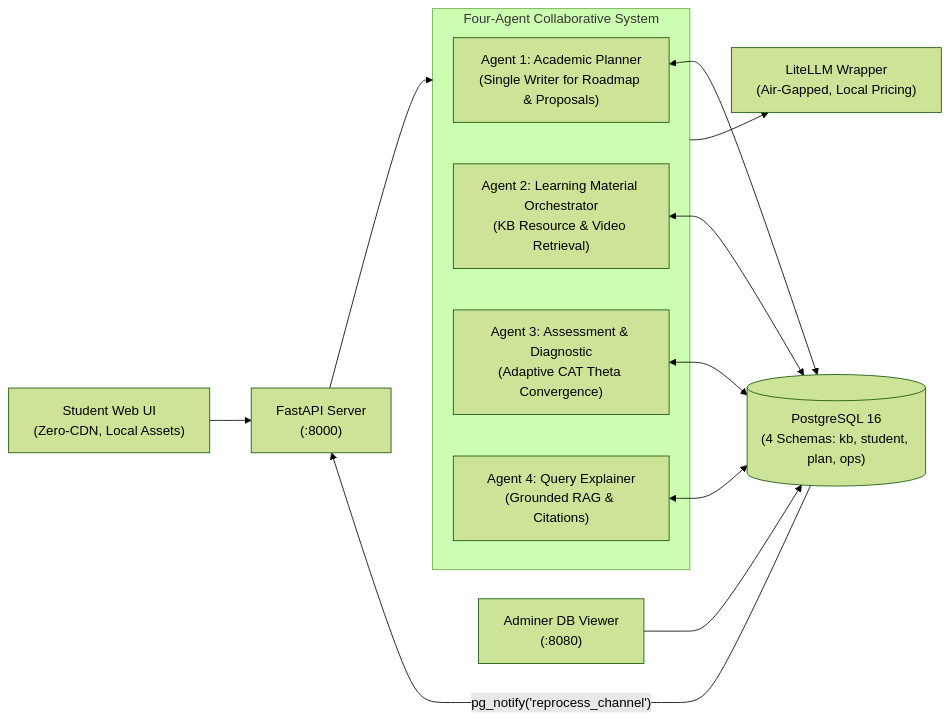
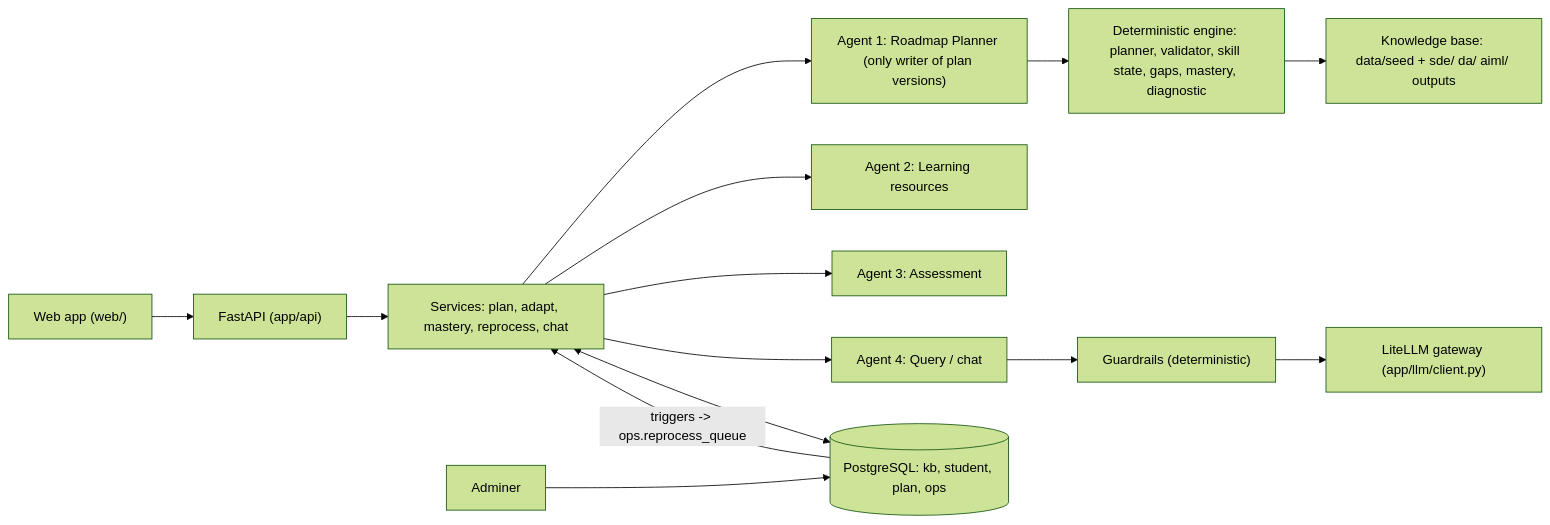
The first of 3 diagrams in README.md (SusheelSagar4/EBuddy), drawn with Mermaid (forest theme) before and after one commit. The commit also changed other lines of this file and 539 other files, not shown here.

Commit message:
Full upgrade: multi-semester planner, 75 profiles, simulator, mastery, admin, LiteLLM layer, Docker, docs

````diff
--- a/README.md
+++ b/README.md
@@ -7,20 +71,15 @@
 ```mermaid
 flowchart LR
-    Student["Student Web UI<br/>(Zero-CDN, Local Assets)"] --> Gateway["FastAPI Server<br/>(:8000)"]
-    Adminer["Adminer DB Viewer<br/>(:8080)"] --> DB[("PostgreSQL 16<br/>(4 Schemas: kb, student, plan, ops)")]
-    
-    subgraph MultiAgentSystem["Four-Agent Collaborative System"]
-        Agent1["Agent 1: Academic Planner<br/>(Single Writer for Roadmap & Proposals)"]
-        Agent2["Agent 2: Learning Material Orchestrator<br/>(KB Resource & Video Retrieval)"]
-        Agent3["Agent 3: Assessment & Diagnostic<br/>(Adaptive CAT Theta Convergence)"]
-        Agent4["Agent 4: Query Explainer<br/>(Grounded RAG & Citations)"]
-    end
-
-    Gateway --> MultiAgentSystem
-    Agent1 <--> DB
-    Agent2 <--> DB
-    Agent3 <--> DB
-    Agent4 <--> DB
-    MultiAgentSystem --> LiteLLM["LiteLLM Wrapper<br/>(Air-Gapped, Local Pricing)"]
-    DB -- "pg_notify('reprocess_channel')" --> Gateway
+    UI["Web app (web/)"] --> API["FastAPI (app/api)"]
+    API --> SVC["Services: plan, adapt, mastery, reprocess, chat"]
+    SVC --> A1["Agent 1: Roadmap Planner (only writer of plan versions)"]
+    SVC --> A2["Agent 2: Learning resources"]
+    SVC --> A3["Agent 3: Assessment"]
+    SVC --> A4["Agent 4: Query / chat"]
+    A1 --> ENG["Deterministic engine: planner, validator, skill state, gaps, mastery, diagnostic"]
+    ENG --> KB["Knowledge base: data/seed + sde/ da/ aiml/ outputs"]
+    A4 --> GR["Guardrails (deterministic)"] --> LLM["LiteLLM gateway (app/llm/client.py)"]
+    SVC <--> DB[("PostgreSQL: kb, student, plan, ops")]
+    ADM["Adminer"] --> DB
+    DB -- "triggers -> ops.reprocess_queue" --> SVC
 ```
````
